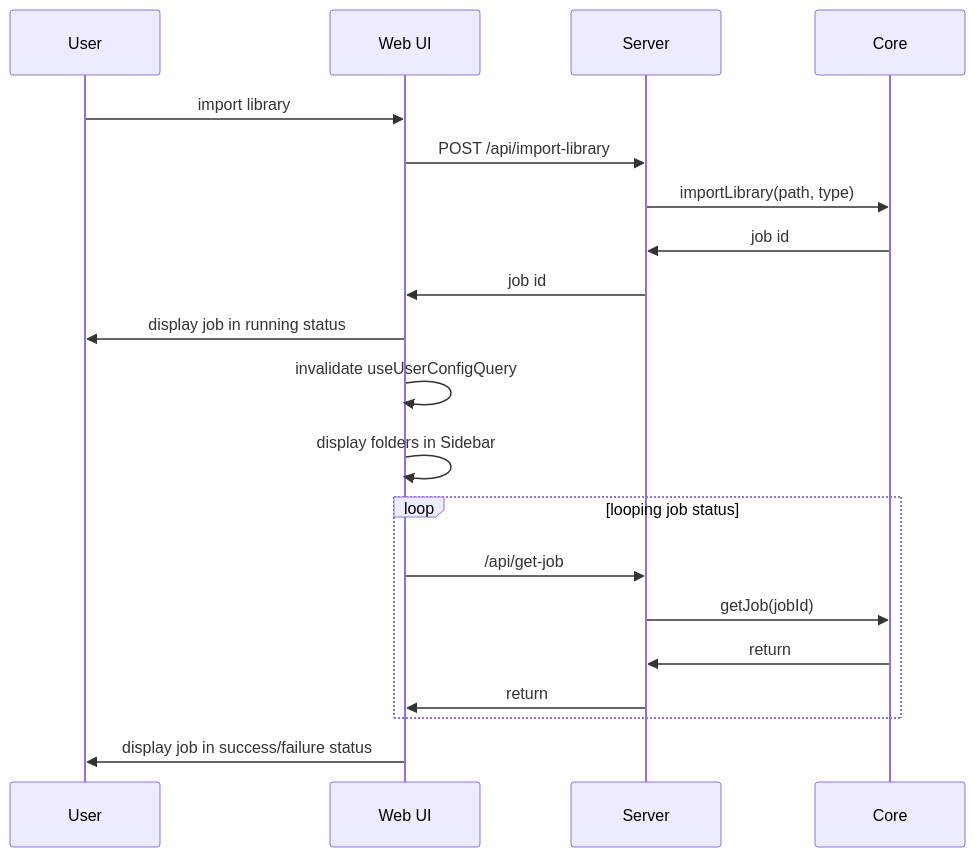
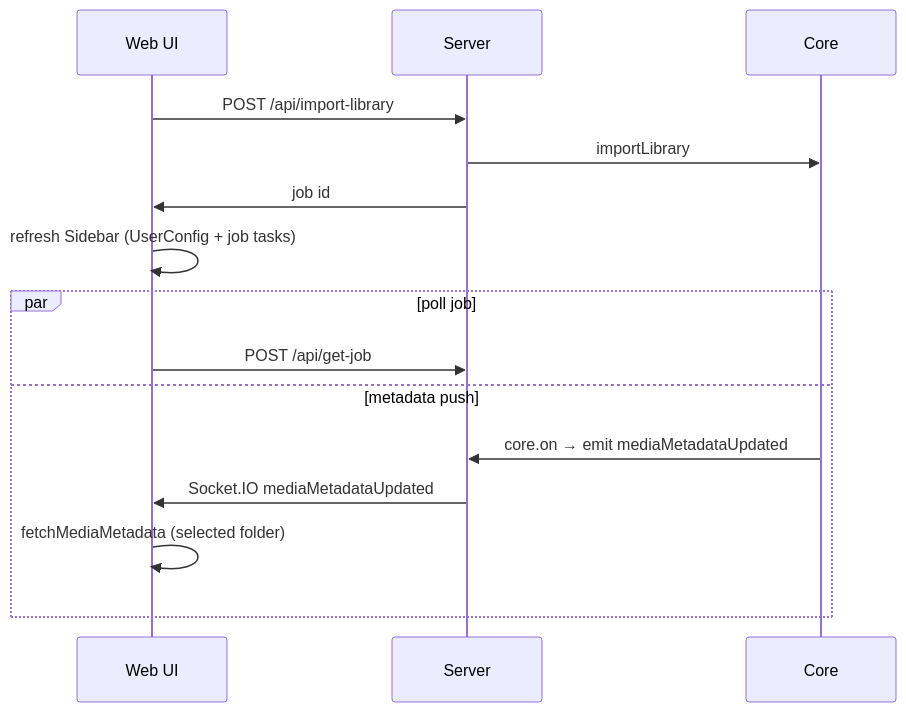
The second of 2 diagrams in docs/dev/import-library.md (lawrenceching/SMM), drawn with Mermaid before and after one commit. The commit also changed other lines of this file and 28 other files, not shown here.

First line of the commit message:
feat: import-library per-folder tasks with live UI metadata refresh

````diff
--- a/docs/dev/import-library.md
+++ b/docs/dev/import-library.md
@@ -65,23 +47,18 @@
 ```mermaid
 sequenceDiagram
-  participant U as User
   participant W as Web UI
   participant S as Server
   participant C as Core
 
-  U->>W: import library
   W->>S: POST /api/import-library
-  S->>C: importLibrary(path, type)
-  C->>S: job id
+  S->>C: importLibrary
   S->>W: job id
-  W->>U: display job in running status
-  W->>W: invalidate useUserConfigQuery
-  W->>W: display folders in Sidebar
-  loop looping job status
-    W->>S: /api/get-job
-    S->>C: getJob(jobId)
-    C->>S: return
-    S->>W: return
+  W->>W: refresh Sidebar (UserConfig + job tasks)
+  par poll job
+    W->>S: POST /api/get-job
+  and metadata push
+    C->>S: core.on → emit mediaMetadataUpdated
+    S->>W: Socket.IO mediaMetadataUpdated
+    W->>W: fetchMediaMetadata (selected folder)
   end
-  W->>U: display job in success/failure status
 ```
````
